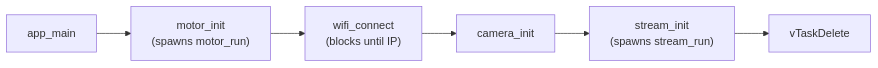
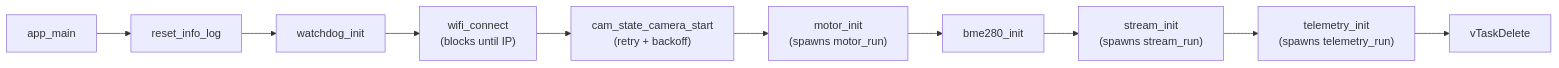
Before and after one commit to LINTECH-CHAS-ACADEMY-SUVX25/Scout: the first of 2 diagrams in docs/scout_cam_flow.md, drawn with Mermaid. The commit also changed other lines of this file and 2 other files, not shown here.

Commit message:
flow documents (needs to be updated more)

````diff
--- a/docs/scout_cam_flow.md
+++ b/docs/scout_cam_flow.md
@@ -8,8 +8,12 @@
 ```mermaid
 flowchart LR
-    A[app_main] --> B["motor_init\n(spawns motor_run)"]
-    B --> C["wifi_connect\n(blocks until IP)"]
-    C --> D[camera_init]
-    D --> E["stream_init\n(spawns stream_run)"]
-    E --> F[vTaskDelete]
+    A[app_main] --> B[reset_info_log]
+    B --> C[watchdog_init]
+    C --> D["wifi_connect\n(blocks until IP)"]
+    D --> E["cam_state_camera_start\n(retry + backoff)"]
+    E --> F["motor_init\n(spawns motor_run)"]
+    F --> G[bme280_init]
+    G --> H["stream_init\n(spawns stream_run)"]
+    H --> I["telemetry_init\n(spawns telemetry_run)"]
+    I --> J[vTaskDelete]
 ```
````
